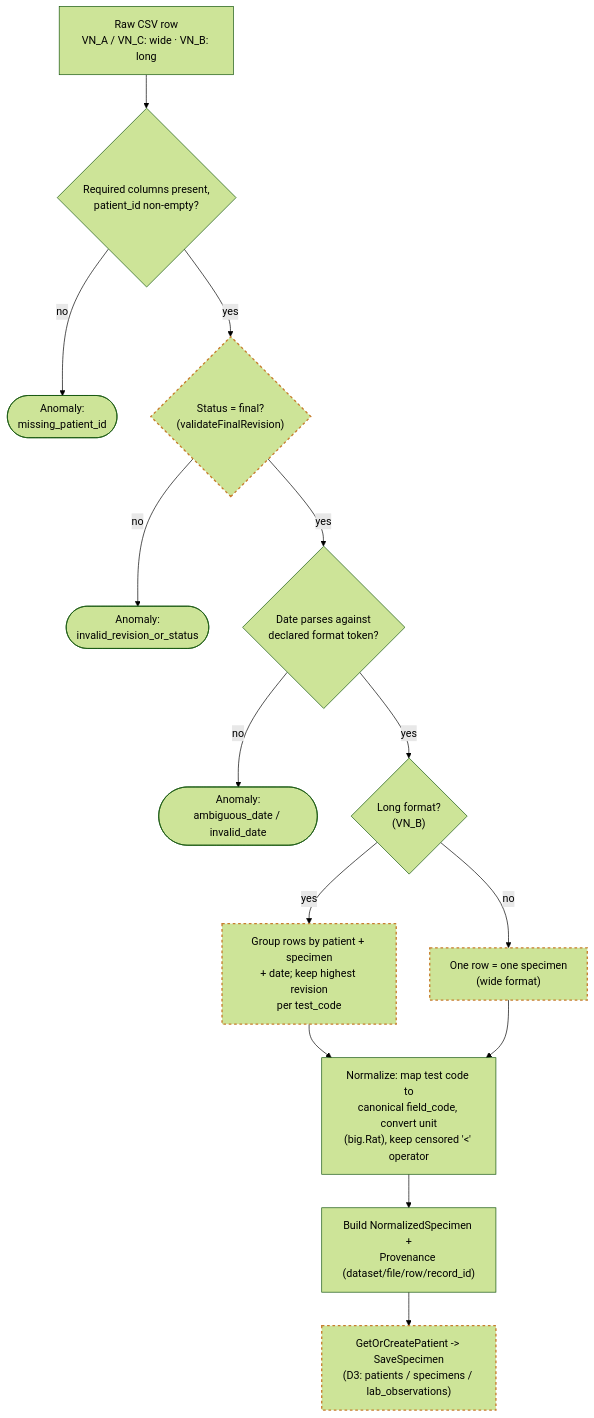
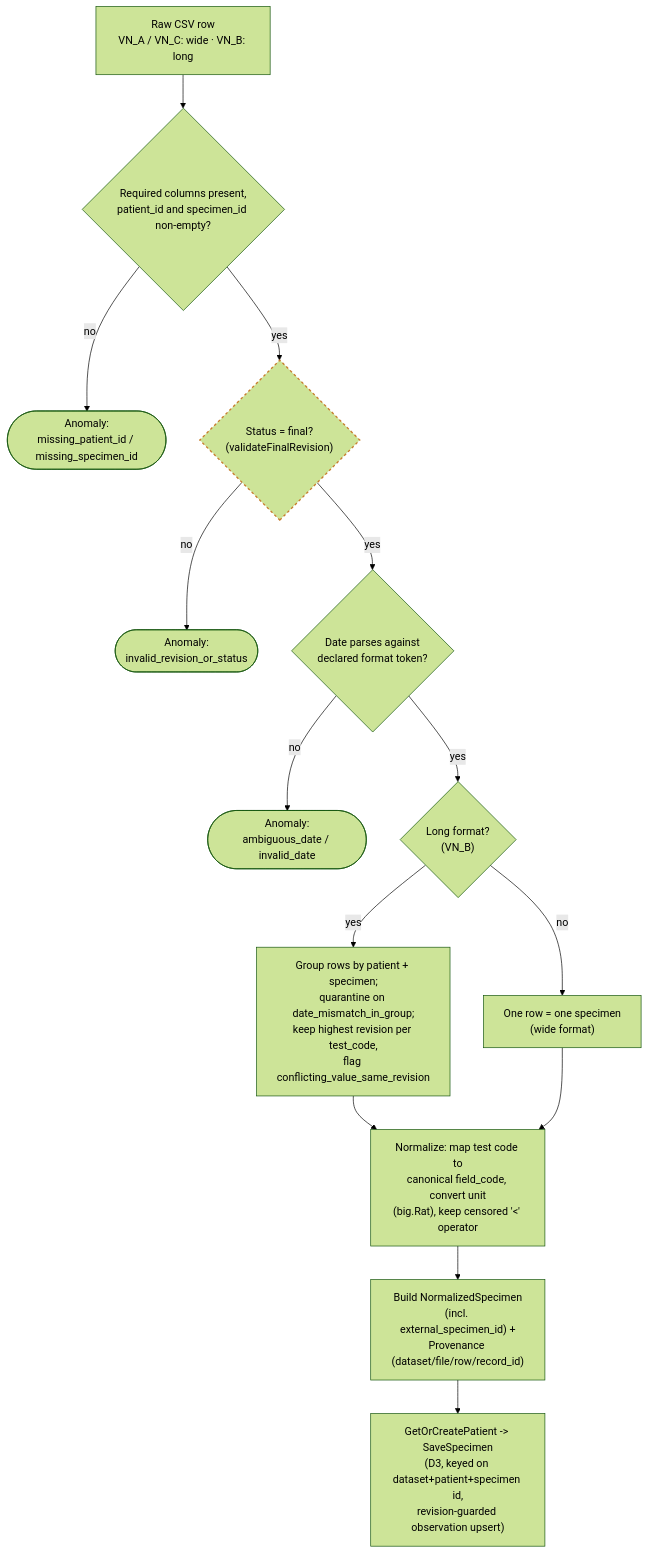
The sixth of 6 diagrams in docs/product/federated-query-flow.md (trungnt1811/life-cloud-agent-node), drawn with Mermaid (forest theme) before and after one commit. The commit also changed other lines of this file, not shown here.

First line of the commit message:
Update Fig. 6 to reflect the ingestion correctness fixes

````diff
--- a/docs/product/federated-query-flow.md
+++ b/docs/product/federated-query-flow.md
@@ -222,33 +222,33 @@
 ```mermaid
 flowchart TD
   RAW["Raw CSV row<br/>VN_A / VN_C: wide · VN_B: long"]
-  COLCHECK{"Required columns present,<br/>patient_id non-empty?"}
-  A_MISSING(["Anomaly:<br/>missing_patient_id"])
+  COLCHECK{"Required columns present,<br/>patient_id and specimen_id non-empty?"}
+  A_MISSING(["Anomaly:<br/>missing_patient_id / missing_specimen_id"])
   STATUSCHECK{"Status = final?<br/>(validateFinalRevision)"}
   A_STATUS(["Anomaly:<br/>invalid_revision_or_status"])
   DATECHECK{"Date parses against<br/>declared format token?"}
   A_DATE(["Anomaly:<br/>ambiguous_date / invalid_date"])
   ISLONG{"Long format?<br/>(VN_B)"}
-  GROUP["Group rows by patient + specimen<br/>+ date; keep highest revision<br/>per test_code"]
+  GROUP["Group rows by patient + specimen;<br/>quarantine on date_mismatch_in_group;<br/>keep highest revision per test_code,<br/>flag conflicting_value_same_revision"]
   ONEROW["One row = one specimen<br/>(wide format)"]
   NORMALIZE["Normalize: map test code to<br/>canonical field_code, convert unit<br/>(big.Rat), keep censored '&lt;' operator"]
-  BUILD["Build NormalizedSpecimen +<br/>Provenance (dataset/file/row/record_id)"]
-  PERSIST["GetOrCreatePatient -> SaveSpecimen<br/>(D3: patients / specimens / lab_observations)"]
+  BUILD["Build NormalizedSpecimen<br/>(incl. external_specimen_id) +<br/>Provenance (dataset/file/row/record_id)"]
+  PERSIST["GetOrCreatePatient -> SaveSpecimen<br/>(D3, keyed on dataset+patient+specimen id,<br/>revision-guarded observation upsert)"]
 
   RAW --> COLCHECK
   COLCHECK -- no --> A_MISSING
   COLCHECK -- yes --> STATUSCHECK
   STATUSCHECK -- no --> A_STATUS
   STATUSCHECK -- yes --> DATECHECK
   DATECHECK -- no --> A_DATE
   DATECHECK -- yes --> ISLONG
   ISLONG -- yes --> GROUP
   ISLONG -- no --> ONEROW
   GROUP --> NORMALIZE
   ONEROW --> NORMALIZE
   NORMALIZE --> BUILD
   BUILD --> PERSIST
 
   classDef gap stroke:#c77d2e,stroke-width:2px,stroke-dasharray:4 4;
-  class STATUSCHECK,GROUP,ONEROW,PERSIST gap
+  class STATUSCHECK gap
 ```
````
